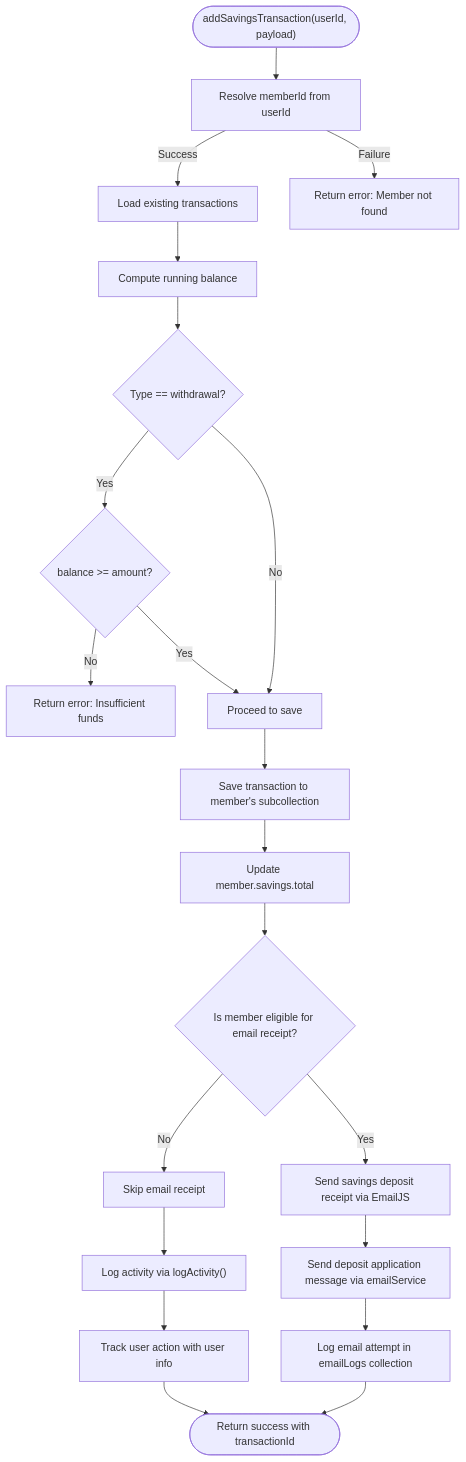
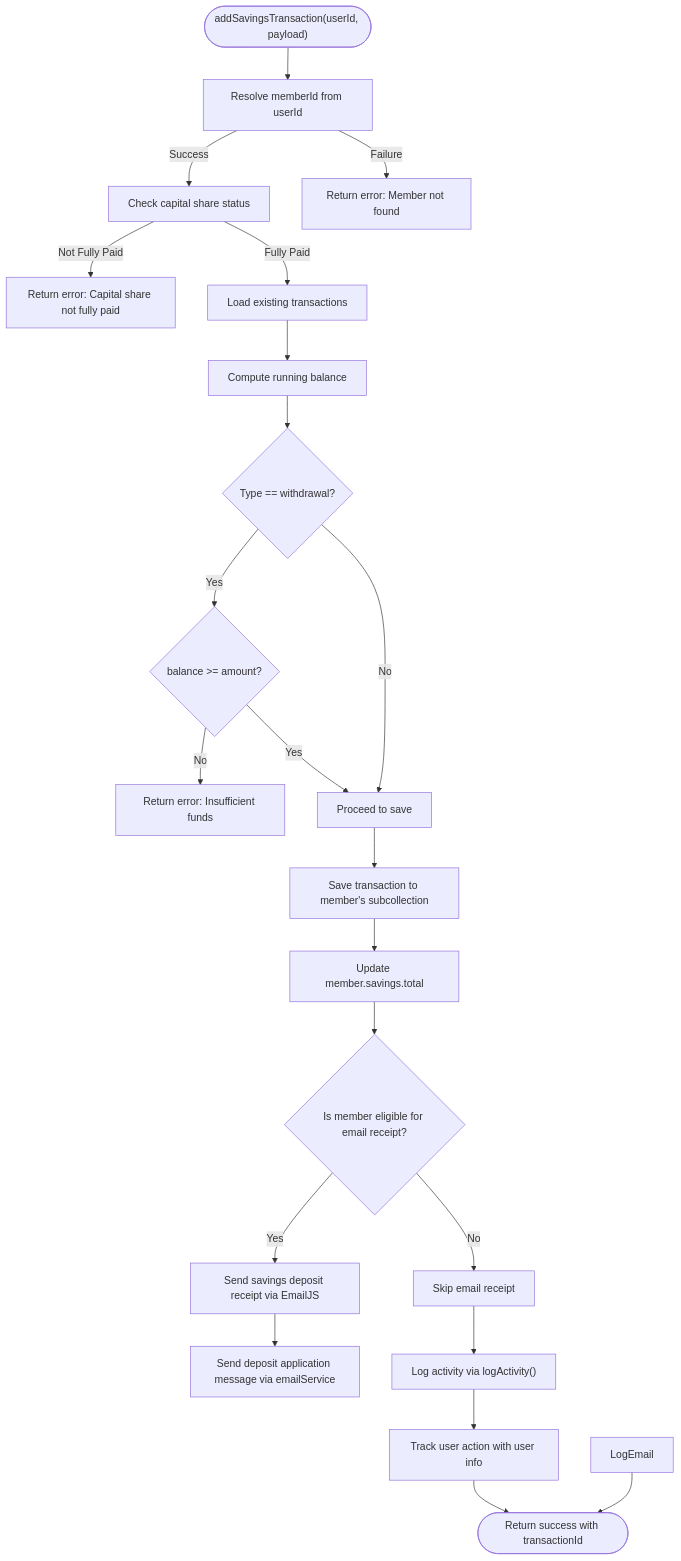
One commit to Unsure-bry/sampacoop_system changed the fourth of 26 diagrams in .qoder/repowiki/en/content/Savings Management System/Savings Management System.md. Above: the diagram before and after it, drawn with Mermaid. The commit also changed other lines of this file and 5 other files, not shown here.

````diff
--- a/.qoder/repowiki/en/content/Savings Management System/Savings Management System.md
+++ b/.qoder/repowiki/en/content/Savings Management System/Savings Management System.md
@@ -268,23 +301,24 @@
 ```mermaid
 flowchart TD
 Start(["addSavingsTransaction(userId, payload)"]) --> Resolve["Resolve memberId from userId"]
-Resolve --> |Success| LoadTx["Load existing transactions"]
+Resolve --> |Success| CheckCapitalShare["Check capital share status"]
 Resolve --> |Failure| Error1["Return error: Member not found"]
+CheckCapitalShare --> |Not Fully Paid| Error2["Return error: Capital share not fully paid"]
+CheckCapitalShare --> |Fully Paid| LoadTx["Load existing transactions"]
 LoadTx --> Calc["Compute running balance"]
 Calc --> Validate{"Type == withdrawal?"}
 Validate --> |Yes| Enough{"balance >= amount?"}
-Enough --> |No| Error2["Return error: Insufficient funds"]
+Enough --> |No| Error3["Return error: Insufficient funds"]
 Enough --> |Yes| Proceed["Proceed to save"]
 Validate --> |No| Proceed
 Proceed --> Save["Save transaction to member's subcollection"]
 Save --> UpdateMember["Update member.savings.total"]
 UpdateMember --> CheckRole{"Is member eligible for email receipt?"}
 CheckRole --> |Yes| SendEmail["Send savings deposit receipt via EmailJS"]
 CheckRole --> |No| SkipEmail["Skip email receipt"]
 SendEmail --> SendAppMsg["Send deposit application message via emailService"]
-SendAppMsg --> LogEmail["Log email attempt in emailLogs collection"]
 SkipEmail --> LogActivity["Log activity via logActivity()"]
 LogActivity --> LogUser["Track user action with user info"]
 LogUser --> Done(["Return success with transactionId"])
 LogEmail --> Done
 ```
````
